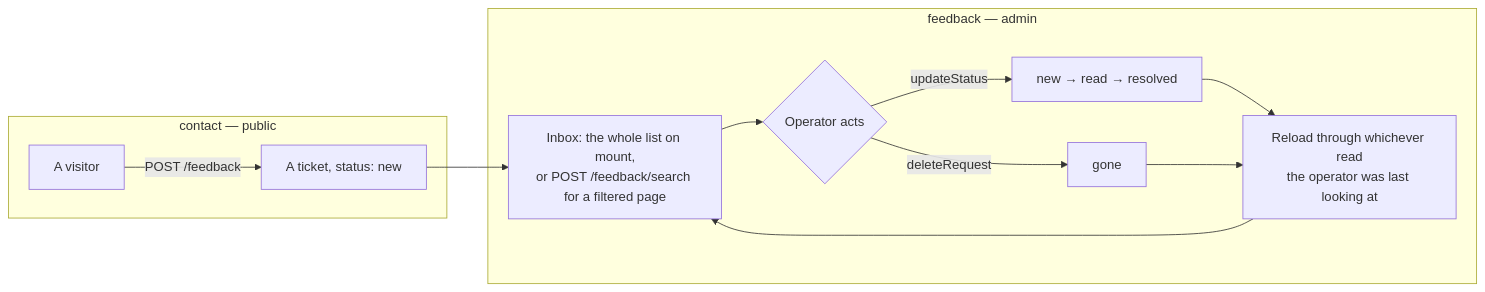
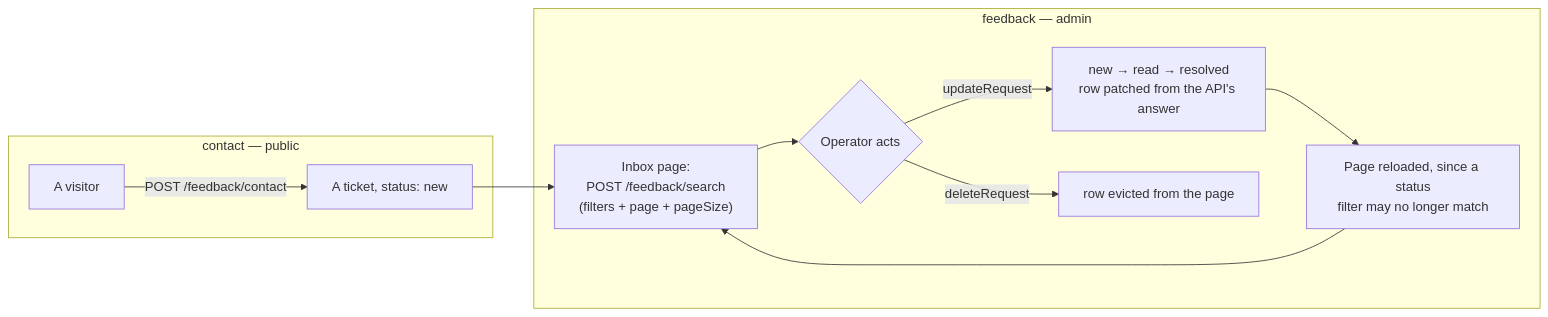
The diagram in docs/modules/feedback.md (Guebbit/boilerplate-vue-frontend), drawn with Mermaid before and after one commit. The commit also changed other lines of this file and 5 other files, not shown here.

First line of the commit message:
fix(feedback): page the admin inbox like every other admin list

````diff
--- a/docs/modules/feedback.md
+++ b/docs/modules/feedback.md
@@ -57,15 +59,14 @@
 ```mermaid
 flowchart LR
     subgraph public["contact — public"]
-        V["A visitor"] -->|"POST /feedback"| T["A ticket, status: new"]
+        V["A visitor"] -->|"POST /feedback/contact"| T["A ticket, status: new"]
     end
     subgraph admin["feedback — admin"]
-        T --> L["Inbox: the whole list on mount,<br/>or POST /feedback/search for a filtered page"]
+        T --> L["Inbox page:<br/>POST /feedback/search<br/>(filters + page + pageSize)"]
         L --> S{"Operator acts"}
-        S -->|"updateStatus"| P["new → read → resolved"]
-        S -->|"deleteRequest"| D["gone"]
-        P --> RL["Reload through whichever read<br/>the operator was last looking at"]
-        D --> RL
+        S -->|"updateRequest"| P["new → read → resolved<br/>row patched from the API's answer"]
+        S -->|"deleteRequest"| D["row evicted from the page"]
+        P --> RL["Page reloaded, since a status<br/>filter may no longer match"]
         RL --> L
     end
 ```
````
